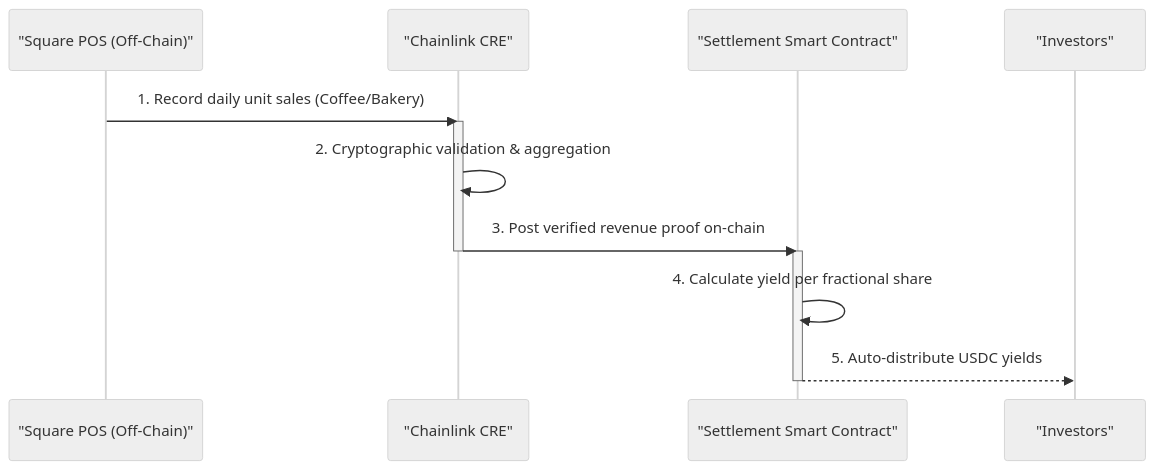
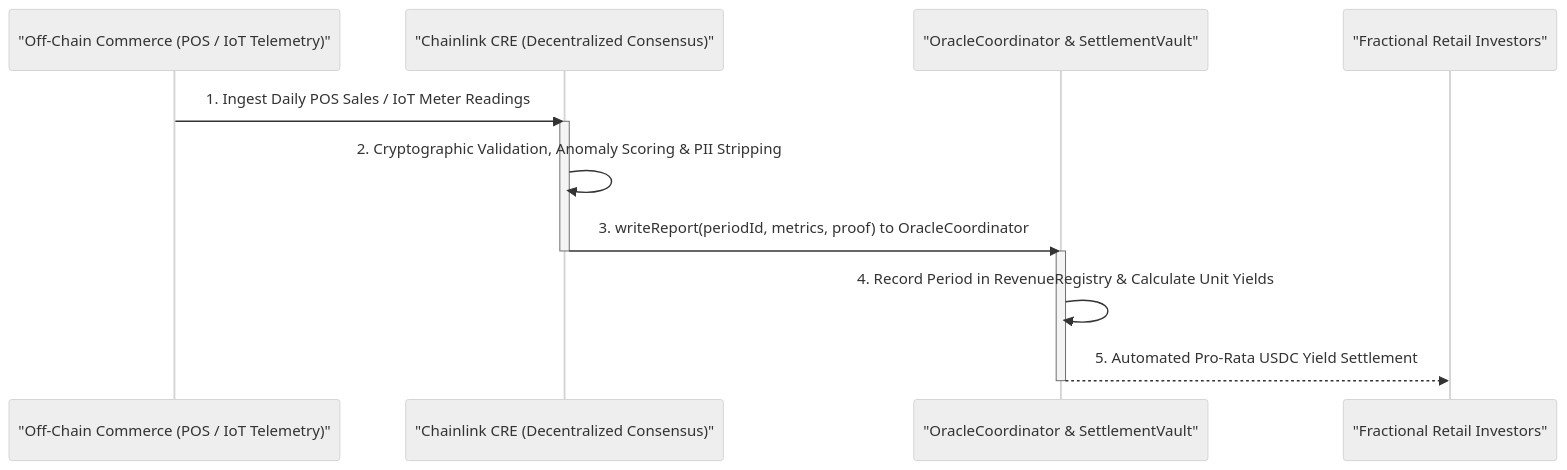
One commit to nour608/Rubh changed the diagram in README.md. Above: the diagram before and after it, drawn with Mermaid (neutral theme). The commit also changed other lines of this file and 60 other files, not shown here.

````diff
--- a/README.md
+++ b/README.md
@@ -87,17 +85,17 @@
 ```mermaid
 sequenceDiagram
-    participant POS as "Square POS (Off-Chain)"
-    participant CRE as "Chainlink CRE"
-    participant SC as "Settlement Smart Contract"
-    participant INV as "Investors"
+    participant COMMERCE as "Off-Chain Commerce (POS / IoT Telemetry)"
+    participant CRE as "Chainlink CRE (Decentralized Consensus)"
+    participant SC as "OracleCoordinator & SettlementVault"
+    participant INV as "Fractional Retail Investors"
 
-    POS->>CRE: 1. Record daily unit sales (Coffee/Bakery)
+    COMMERCE->>CRE: 1. Ingest Daily POS Sales / IoT Meter Readings
     activate CRE
-    CRE->>CRE: 2. Cryptographic validation & aggregation
-    CRE->>SC: 3. Post verified revenue proof on-chain
+    CRE->>CRE: 2. Cryptographic Validation, Anomaly Scoring & PII Stripping
+    CRE->>SC: 3. writeReport(periodId, metrics, proof) to OracleCoordinator
     deactivate CRE
     activate SC
-    SC->>SC: 4. Calculate yield per fractional share
-    SC-->>INV: 5. Auto-distribute USDC yields
+    SC->>SC: 4. Record Period in RevenueRegistry & Calculate Unit Yields
+    SC-->>INV: 5. Automated Pro-Rata USDC Yield Settlement
     deactivate SC
 ```
````
